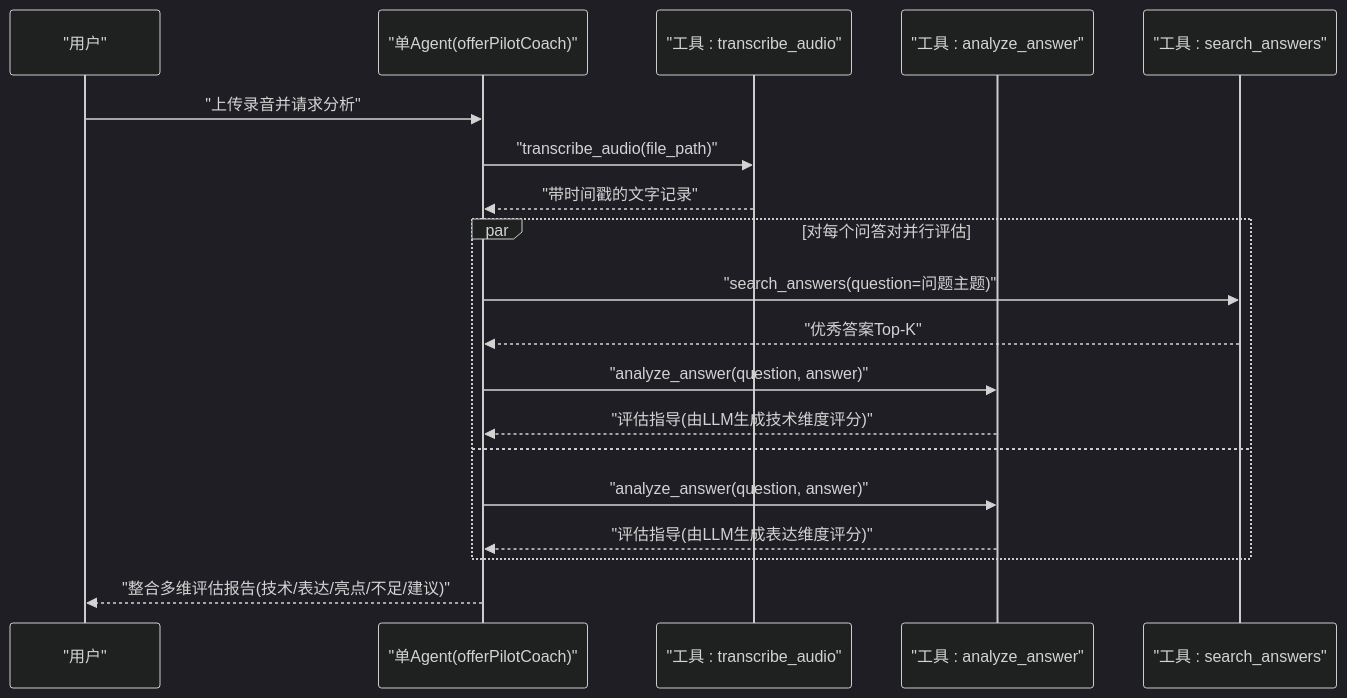
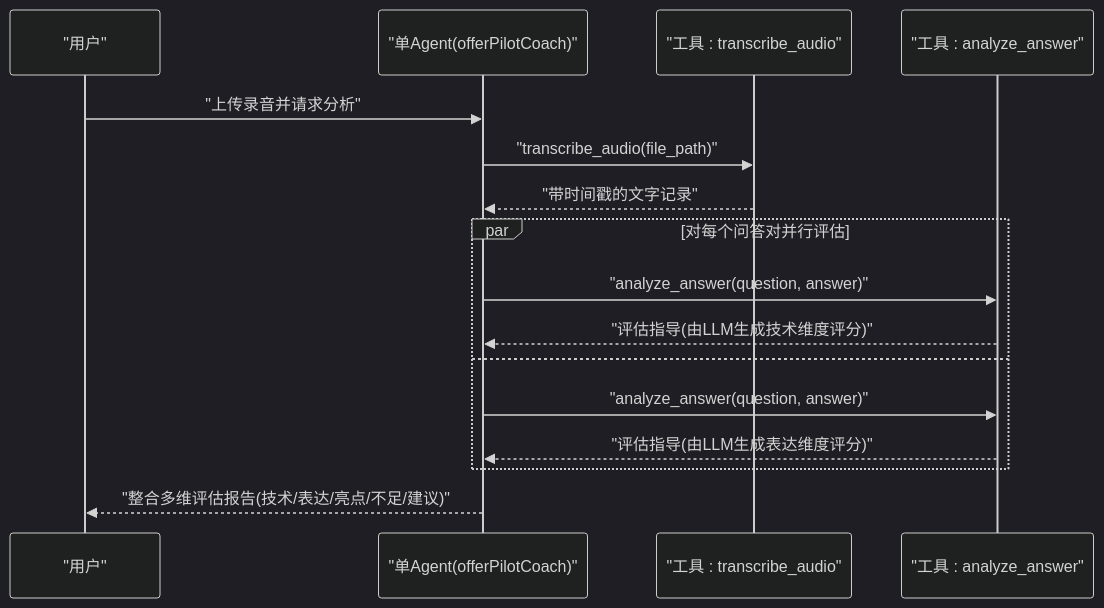
One commit to Miss-zhi/OfferPilot changed the third of 5 diagrams in .qoder/repowiki/zh/content/六大核心求职环节 Agent 交互时序.md. Above: the diagram before and after it, drawn with Mermaid (dark theme). The commit also changed other lines of this file and 28 other files, not shown here.

````diff
--- a/.qoder/repowiki/zh/content/六大核心求职环节 Agent 交互时序.md
+++ b/.qoder/repowiki/zh/content/六大核心求职环节 Agent 交互时序.md
@@ -107,21 +101,18 @@
 ```mermaid
 sequenceDiagram
 participant U as "用户"
 participant A as "单Agent(offerPilotCoach)"
 participant TR as "工具 : transcribe_audio"
 participant QA as "工具 : analyze_answer"
-participant AS as "工具 : search_answers"
 U->>A : "上传录音并请求分析"
 A->>TR : "transcribe_audio(file_path)"
 TR-->>A : "带时间戳的文字记录"
 par 对每个问答对并行评估
-A->>AS : "search_answers(question=问题主题)"
-AS-->>A : "优秀答案Top-K"
 A->>QA : "analyze_answer(question, answer)"
 QA-->>A : "评估指导(由LLM生成技术维度评分)"
 and
 A->>QA : "analyze_answer(question, answer)"
 QA-->>A : "评估指导(由LLM生成表达维度评分)"
 end
 A-->>U : "整合多维评估报告(技术/表达/亮点/不足/建议)"
 ```
````
